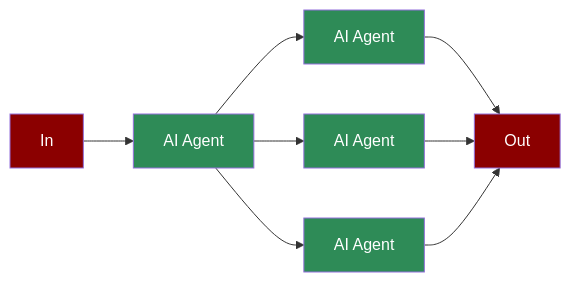
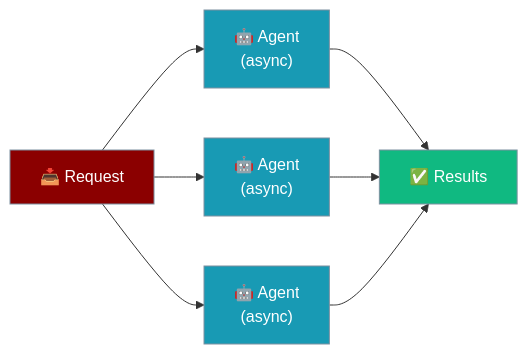
Before and after one commit to MervinPraison/PraisonAIDocs: the first of 2 diagrams in docs/features/async.mdx, drawn with Mermaid. The commit also changed other lines of this file and 5 other files, not shown here.

````diff
--- a/docs/features/async.mdx
+++ b/docs/features/async.mdx
@@ -7,17 +10,17 @@
 ```mermaid
-flowchart LR
-    In[In] --> Agent1[AI Agent]
-    Agent1 --> Agent2[AI Agent]
-    Agent1 --> Agent3[AI Agent]
-    Agent1 --> Agent4[AI Agent]
-    Agent2 --> Out[Out]
-    Agent3 --> Out
-    Agent4 --> Out
-    
-    style In fill:#8B0000,color:#fff
-    style Agent1 fill:#2E8B57,color:#fff
-    style Agent2 fill:#2E8B57,color:#fff
-    style Agent3 fill:#2E8B57,color:#fff
-    style Agent4 fill:#2E8B57,color:#fff
-    style Out fill:#8B0000,color:#fff
+graph LR
+    IN["📥 Request"] --> AGENT1["🤖 Agent\n(async)"]
+    IN --> AGENT2["🤖 Agent\n(async)"]
+    IN --> AGENT3["🤖 Agent\n(async)"]
+    AGENT1 --> OUT["✅ Results"]
+    AGENT2 --> OUT
+    AGENT3 --> OUT
+
+    classDef agent fill:#8B0000,stroke:#7C90A0,color:#fff
+    classDef tool fill:#189AB4,stroke:#7C90A0,color:#fff
+    classDef success fill:#10B981,stroke:#7C90A0,color:#fff
+
+    class IN agent
+    class AGENT1,AGENT2,AGENT3 tool
+    class OUT success
 ```
````
